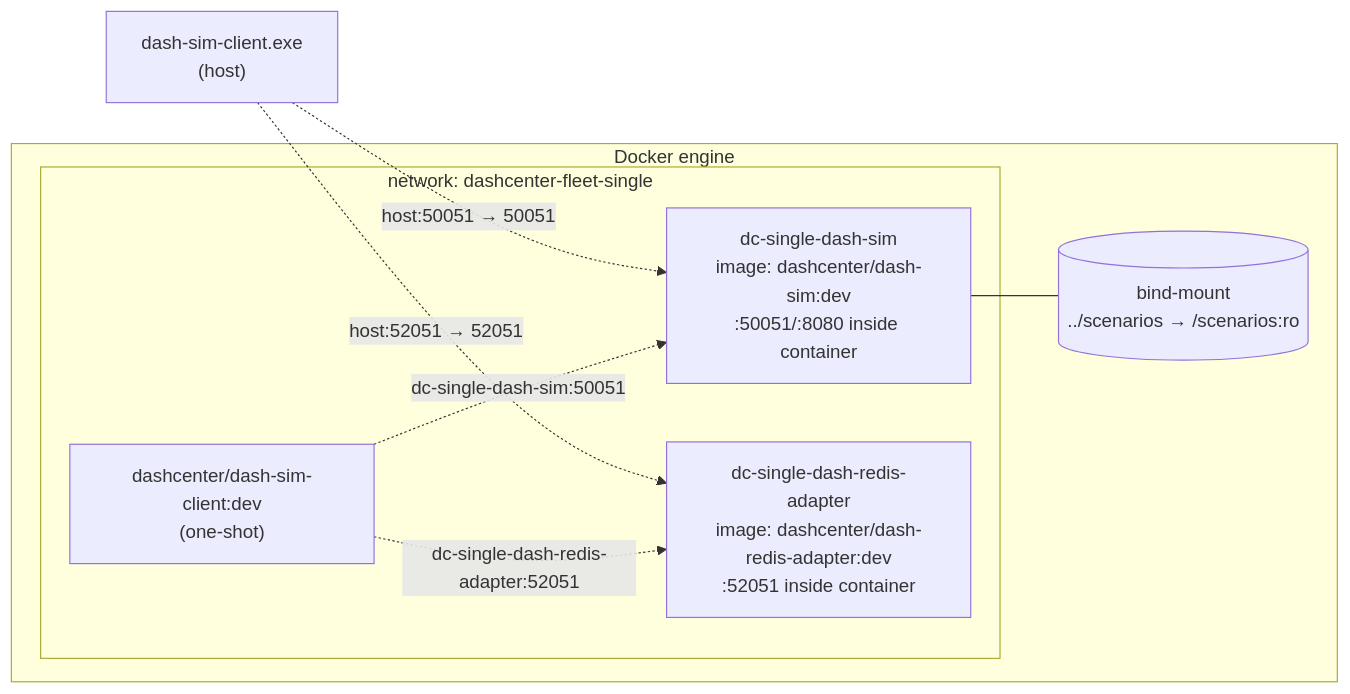
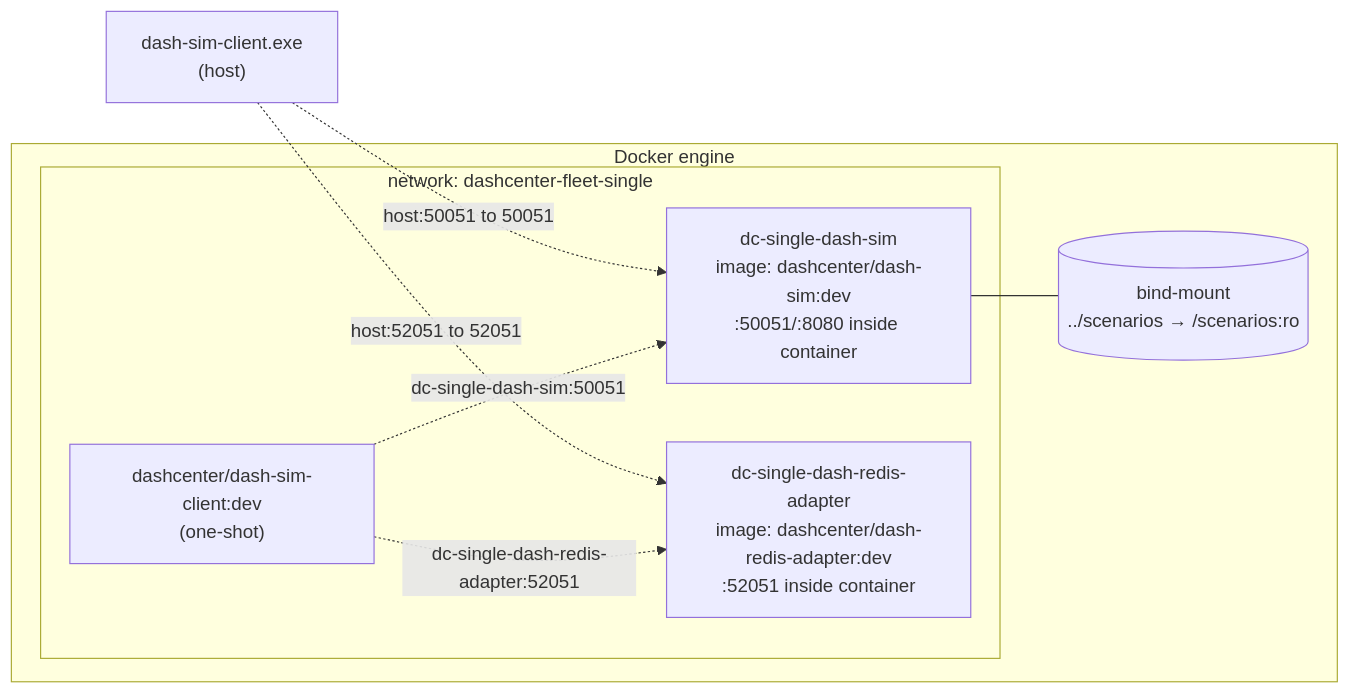
Before and after one commit to rashmirrout/DashCenter: the diagram in deploy/test-setup/02-single-docker/manual-handson.md, drawn with Mermaid. The commit also changed 4 other files, not shown here.

````diff
--- a/deploy/test-setup/02-single-docker/manual-handson.md
+++ b/deploy/test-setup/02-single-docker/manual-handson.md
@@ -17,18 +17,18 @@
 ```mermaid
 flowchart LR
     CLI_H["dash-sim-client.exe<br/>(host)"]
     subgraph Docker["Docker engine"]
         subgraph Net["network: dashcenter-fleet-single"]
             SIM["dc-single-dash-sim<br/>image: dashcenter/dash-sim:dev<br/>:50051/:8080 inside container"]
             ADA["dc-single-dash-redis-adapter<br/>image: dashcenter/dash-redis-adapter:dev<br/>:52051 inside container"]
             CLI_C["dashcenter/dash-sim-client:dev<br/>(one-shot)"]
         end
         VOL[("bind-mount<br/>../scenarios → /scenarios:ro")]
     end
 
     SIM --- VOL
-    CLI_H -. host:50051 → 50051 .-> SIM
-    CLI_H -. host:52051 → 52051 .-> ADA
-    CLI_C -. dc-single-dash-sim:50051 .-> SIM
-    CLI_C -. dc-single-dash-redis-adapter:52051 .-> ADA
+    CLI_H -. "host:50051 to 50051" .-> SIM
+    CLI_H -. "host:52051 to 52051" .-> ADA
+    CLI_C -. "dc-single-dash-sim:50051" .-> SIM
+    CLI_C -. "dc-single-dash-redis-adapter:52051" .-> ADA
 ```
````
